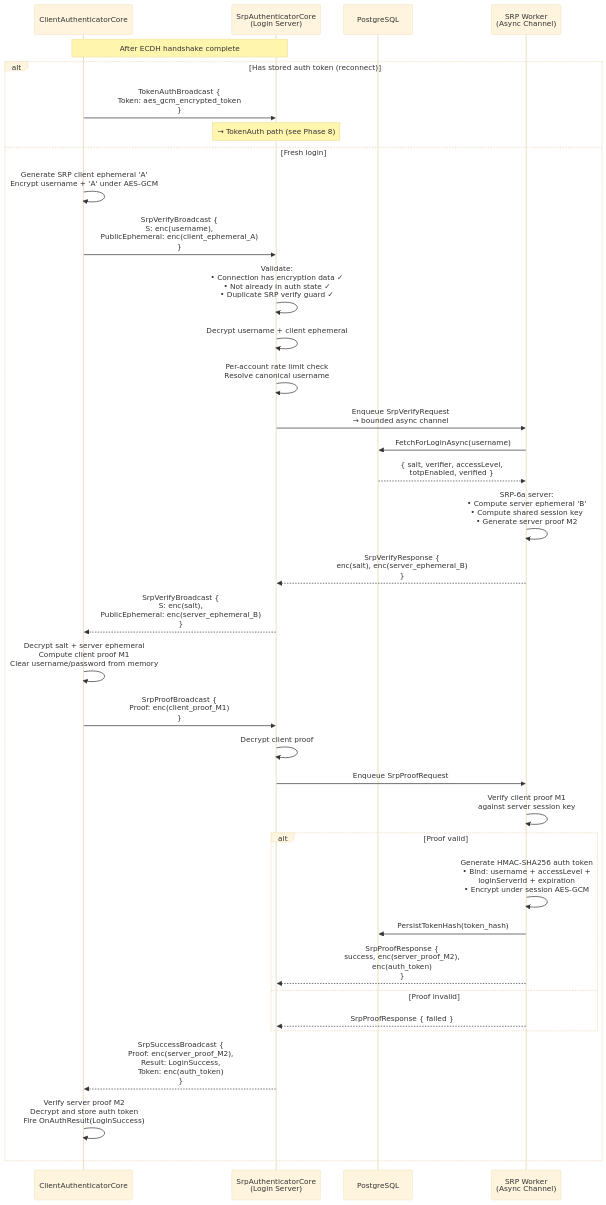
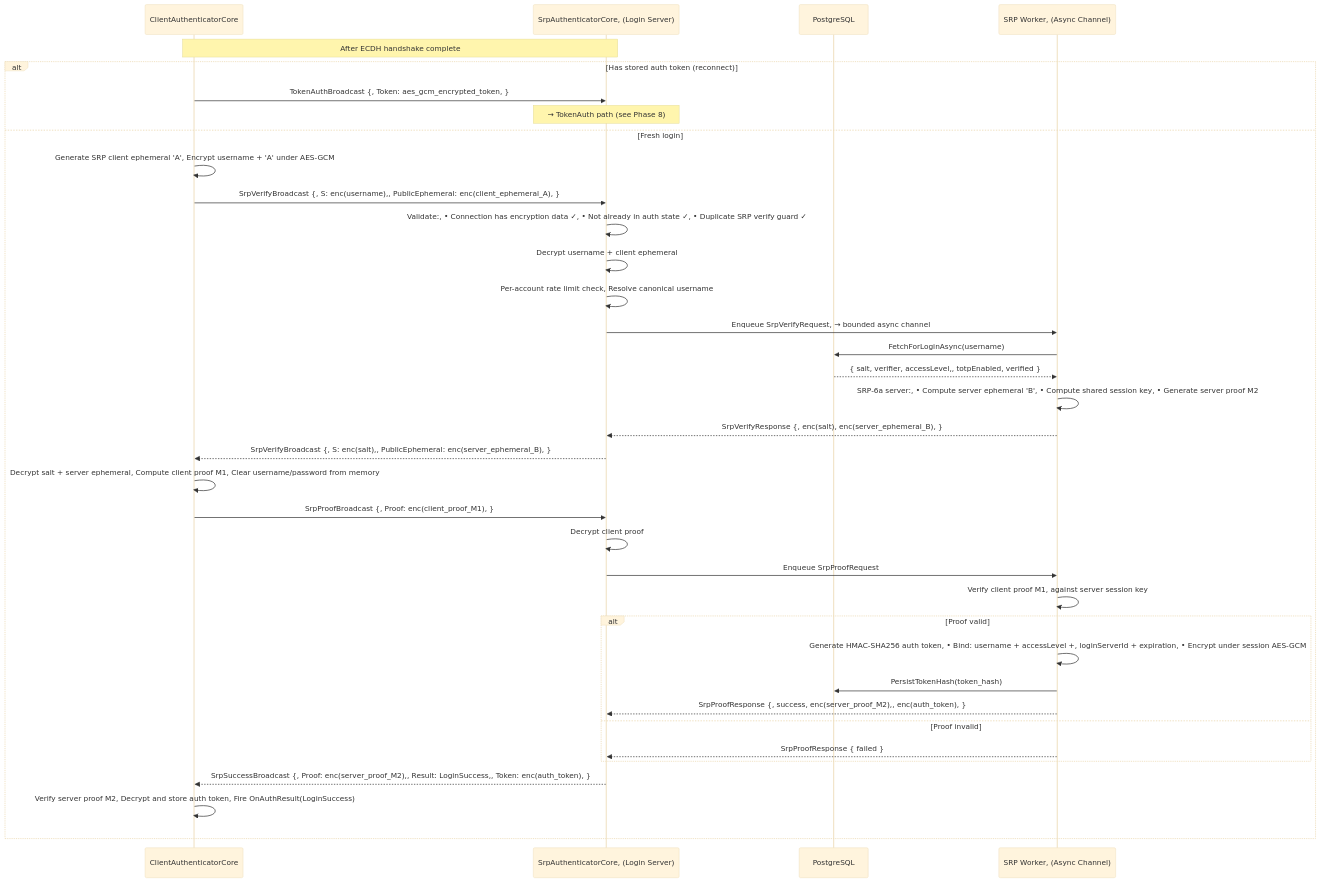
Before and after one commit to jimdroberts/FishMMO: the fifth of 11 diagrams in CONNECTION_PIPELINE.md, drawn with Mermaid (base theme). The commit also changed other lines of this file, not shown here.

````diff
--- a/CONNECTION_PIPELINE.md
+++ b/CONNECTION_PIPELINE.md
@@ -230,58 +230,58 @@
 ```mermaid
 sequenceDiagram
     participant Client as ClientAuthenticatorCore
-    participant Server as SrpAuthenticatorCore<br/>(Login Server)
+    participant Server as SrpAuthenticatorCore, (Login Server)
     participant DB as PostgreSQL
-    participant Worker as SRP Worker<br/>(Async Channel)
+    participant Worker as SRP Worker, (Async Channel)
 
     Note over Client,Server: After ECDH handshake complete
 
     alt Has stored auth token (reconnect)
-        Client->>Server: TokenAuthBroadcast {<br/>  Token: aes_gcm_encrypted_token<br/>}
+        Client->>Server: TokenAuthBroadcast {,   Token: aes_gcm_encrypted_token, }
         Note over Server: → TokenAuth path (see Phase 8)
     else Fresh login
-        Client->>Client: Generate SRP client ephemeral 'A'<br/>Encrypt username + 'A' under AES-GCM
+        Client->>Client: Generate SRP client ephemeral 'A', Encrypt username + 'A' under AES-GCM
 
-        Client->>Server: SrpVerifyBroadcast {<br/>  S: enc(username),<br/>  PublicEphemeral: enc(client_ephemeral_A)<br/>}
+        Client->>Server: SrpVerifyBroadcast {,   S: enc(username),,   PublicEphemeral: enc(client_ephemeral_A), }
 
-        Server->>Server: Validate:<br/>• Connection has encryption data ✓<br/>• Not already in auth state ✓<br/>• Duplicate SRP verify guard ✓
+        Server->>Server: Validate:, • Connection has encryption data ✓, • Not already in auth state ✓, • Duplicate SRP verify guard ✓
 
         Server->>Server: Decrypt username + client ephemeral
-        Server->>Server: Per-account rate limit check<br/>Resolve canonical username
+        Server->>Server: Per-account rate limit check, Resolve canonical username
 
-        Server->>Worker: Enqueue SrpVerifyRequest<br/>→ bounded async channel
+        Server->>Worker: Enqueue SrpVerifyRequest, → bounded async channel
 
         Worker->>DB: FetchForLoginAsync(username)
-        DB-->>Worker: { salt, verifier, accessLevel,<br/>  totpEnabled, verified }
+        DB-->>Worker: { salt, verifier, accessLevel,,   totpEnabled, verified }
 
-        Worker->>Worker: SRP-6a server:<br/>• Compute server ephemeral 'B'<br/>• Compute shared session key<br/>• Generate server proof M2
+        Worker->>Worker: SRP-6a server:, • Compute server ephemeral 'B', • Compute shared session key, • Generate server proof M2
 
-        Worker-->>Server: SrpVerifyResponse {<br/>  enc(salt), enc(server_ephemeral_B)<br/>}
+        Worker-->>Server: SrpVerifyResponse {,   enc(salt), enc(server_ephemeral_B), }
 
-        Server-->>Client: SrpVerifyBroadcast {<br/>  S: enc(salt),<br/>  PublicEphemeral: enc(server_ephemeral_B)<br/>}
+        Server-->>Client: SrpVerifyBroadcast {,   S: enc(salt),,   PublicEphemeral: enc(server_ephemeral_B), }
 
-        Client->>Client: Decrypt salt + server ephemeral<br/>Compute client proof M1<br/>Clear username/password from memory
+        Client->>Client: Decrypt salt + server ephemeral, Compute client proof M1, Clear username/password from memory
 
-        Client->>Server: SrpProofBroadcast {<br/>  Proof: enc(client_proof_M1)<br/>}
+        Client->>Server: SrpProofBroadcast {,   Proof: enc(client_proof_M1), }
 
         Server->>Server: Decrypt client proof
 
         Server->>Worker: Enqueue SrpProofRequest
 
-        Worker->>Worker: Verify client proof M1<br/>against server session key
+        Worker->>Worker: Verify client proof M1, against server session key
 
         alt Proof valid
-            Worker->>Worker: Generate HMAC-SHA256 auth token<br/>• Bind: username + accessLevel +<br/>  loginServerId + expiration<br/>• Encrypt under session AES-GCM
+            Worker->>Worker: Generate HMAC-SHA256 auth token, • Bind: username + accessLevel +,   loginServerId + expiration, • Encrypt under session AES-GCM
 
             Worker->>DB: PersistTokenHash(token_hash)
 
-            Worker-->>Server: SrpProofResponse {<br/>  success, enc(server_proof_M2),<br/>  enc(auth_token)<br/>}
+            Worker-->>Server: SrpProofResponse {,   success, enc(server_proof_M2),,   enc(auth_token), }
         else Proof invalid
             Worker-->>Server: SrpProofResponse { failed }
         end
 
-        Server-->>Client: SrpSuccessBroadcast {<br/>  Proof: enc(server_proof_M2),<br/>  Result: LoginSuccess,<br/>  Token: enc(auth_token)<br/>}
+        Server-->>Client: SrpSuccessBroadcast {,   Proof: enc(server_proof_M2),,   Result: LoginSuccess,,   Token: enc(auth_token), }
 
-        Client->>Client: Verify server proof M2<br/>Decrypt and store auth token<br/>Fire OnAuthResult(LoginSuccess)
+        Client->>Client: Verify server proof M2, Decrypt and store auth token, Fire OnAuthResult(LoginSuccess)
     end
 ```
````
